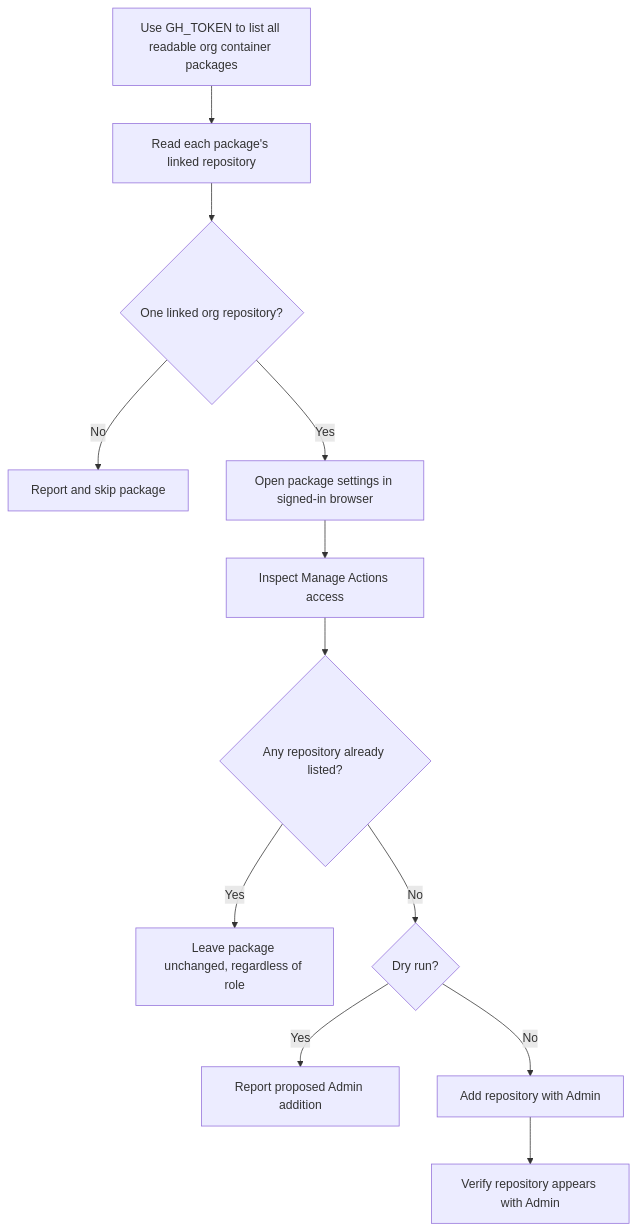
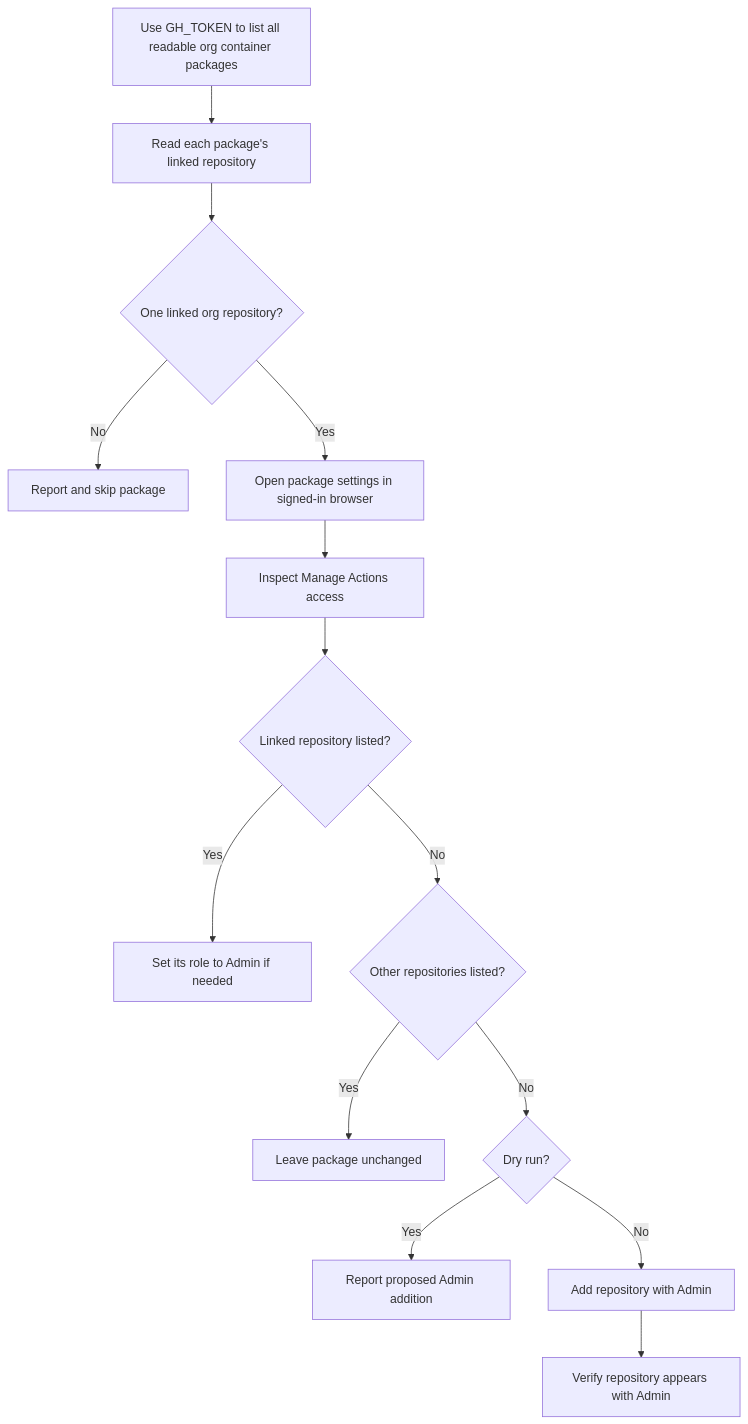
The diagram in github/packages-inheritance/README.md (renan-alm/helper-scripts), drawn with Mermaid before and after one commit. The commit also changed other lines of this file and 2 other files, not shown here.

Commit message:
feat: Admin permission in packages

````diff
--- a/github/packages-inheritance/README.md
+++ b/github/packages-inheritance/README.md
@@ -20,14 +20,16 @@
 ```mermaid
 flowchart TD
 	A[Use GH_TOKEN to list all readable org container packages] --> B[Read each package's linked repository]
 	B --> C{One linked org repository?}
 	C -- No --> S[Report and skip package]
 	C -- Yes --> D[Open package settings in signed-in browser]
 	D --> E[Inspect Manage Actions access]
-	E --> F{Any repository already listed?}
-	F -- Yes --> G[Leave package unchanged, regardless of role]
-	F -- No --> H{Dry run?}
+	E --> F{Linked repository listed?}
+	F -- Yes --> G[Set its role to Admin if needed]
+	F -- No --> L{Other repositories listed?}
+	L -- Yes --> M[Leave package unchanged]
+	L -- No --> H{Dry run?}
 	H -- Yes --> I[Report proposed Admin addition]
 	H -- No --> J[Add repository with Admin]
 	J --> K[Verify repository appears with Admin]
 ```
````
